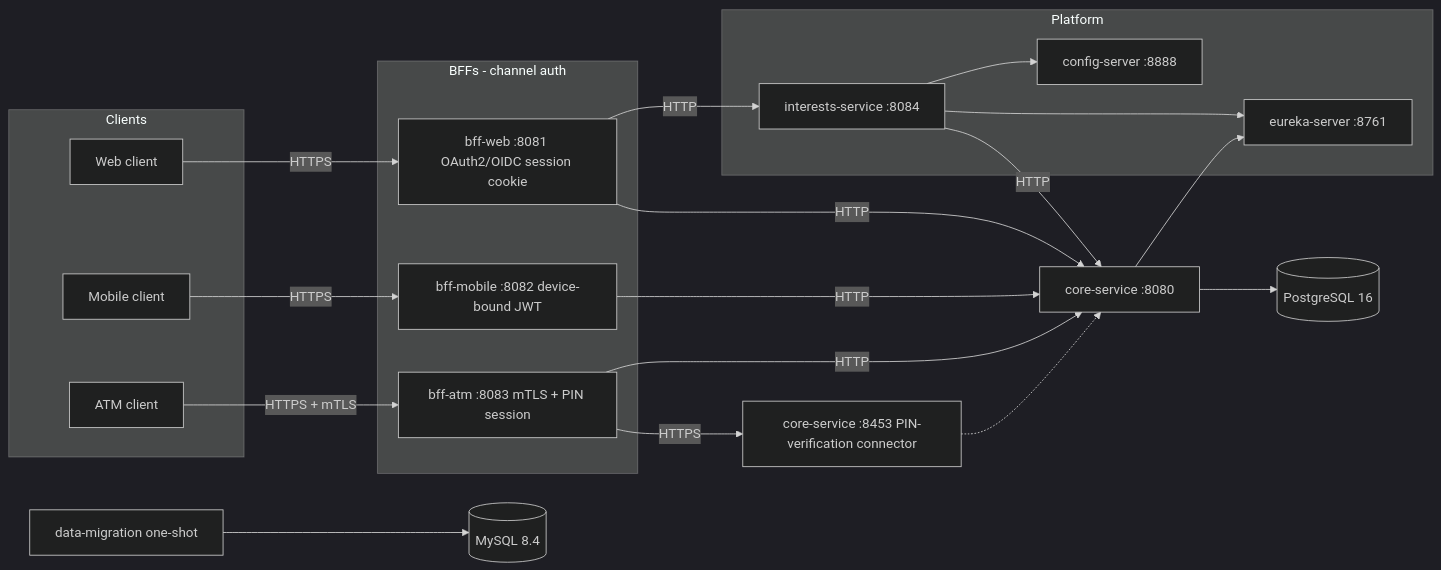
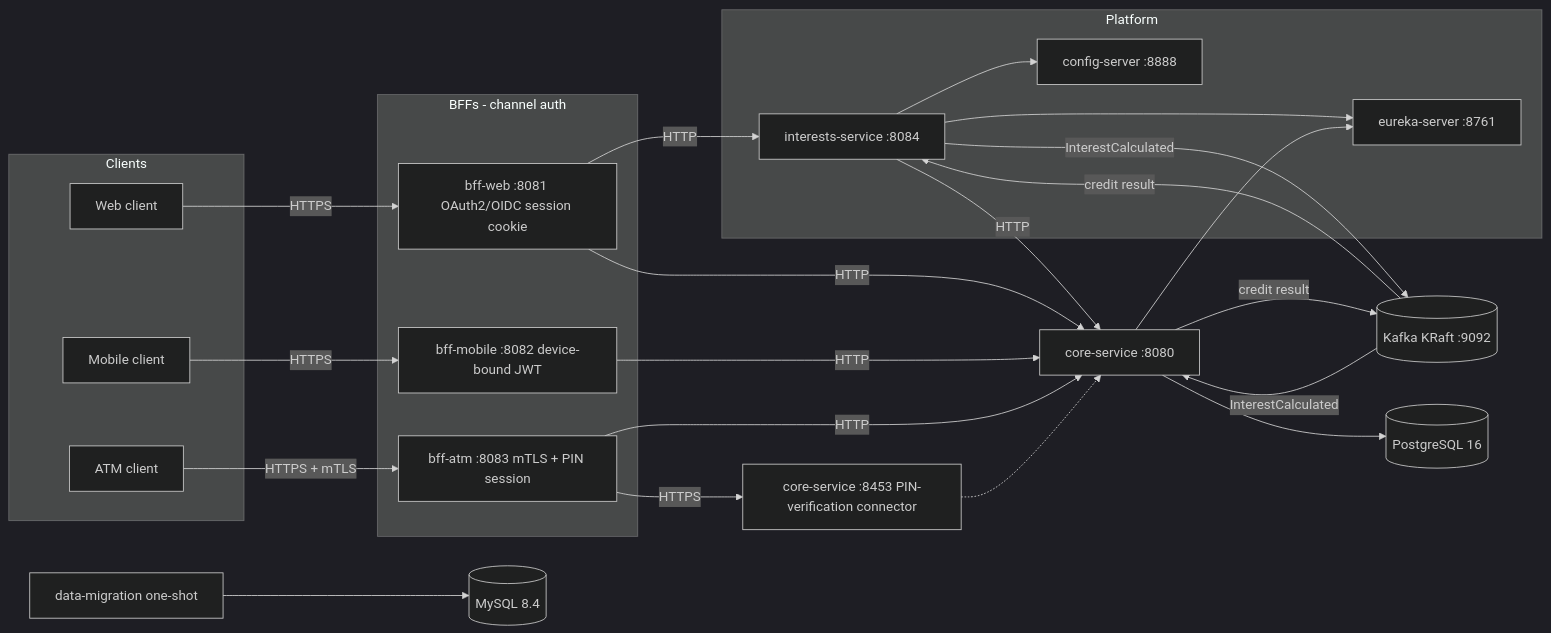
The diagram in README.md (gustavoduocuc/xyz_bank_server), drawn with Mermaid (dark theme) before and after one commit. The commit also changed other lines of this file and 64 other files, not shown here.

````diff
--- a/README.md
+++ b/README.md
@@ -19,42 +19,47 @@
 ```mermaid
 flowchart LR
   subgraph clients [Clients]
     WebClient[Web client]
     MobileClient[Mobile client]
     AtmClient[ATM client]
   end
 
   subgraph bffs [BFFs - channel auth]
     BffWeb[bff-web :8081 OAuth2/OIDC session cookie]
     BffMobile[bff-mobile :8082 device-bound JWT]
     BffAtm[bff-atm :8083 mTLS + PIN session]
   end
 
   subgraph platform [Platform]
     ConfigServer[config-server :8888]
     EurekaServer[eureka-server :8761]
     InterestsService[interests-service :8084]
   end
 
   CoreService[core-service :8080]
   CoreServicePin[core-service :8453 PIN-verification connector]
+  Kafka[(Kafka KRaft :9092)]
   Postgres[(PostgreSQL 16)]
   MySQL[(MySQL 8.4)]
   Migration[data-migration one-shot]
 
   WebClient -- HTTPS --> BffWeb
   MobileClient -- HTTPS --> BffMobile
   AtmClient -- HTTPS + mTLS --> BffAtm
   BffWeb -- HTTP --> InterestsService
   BffWeb -- HTTP --> CoreService
   BffMobile -- HTTP --> CoreService
   BffAtm -- HTTP --> CoreService
   BffAtm -- HTTPS --> CoreServicePin
   InterestsService -- HTTP --> CoreService
+  InterestsService -- "InterestCalculated" --> Kafka
+  Kafka -- "InterestCalculated" --> CoreService
+  CoreService -- "credit result" --> Kafka
+  Kafka -- "credit result" --> InterestsService
   InterestsService --> ConfigServer
   InterestsService --> EurekaServer
   CoreService --> EurekaServer
   CoreService --> Postgres
   CoreServicePin -.-> CoreService
   Migration --> MySQL
 ```
````
